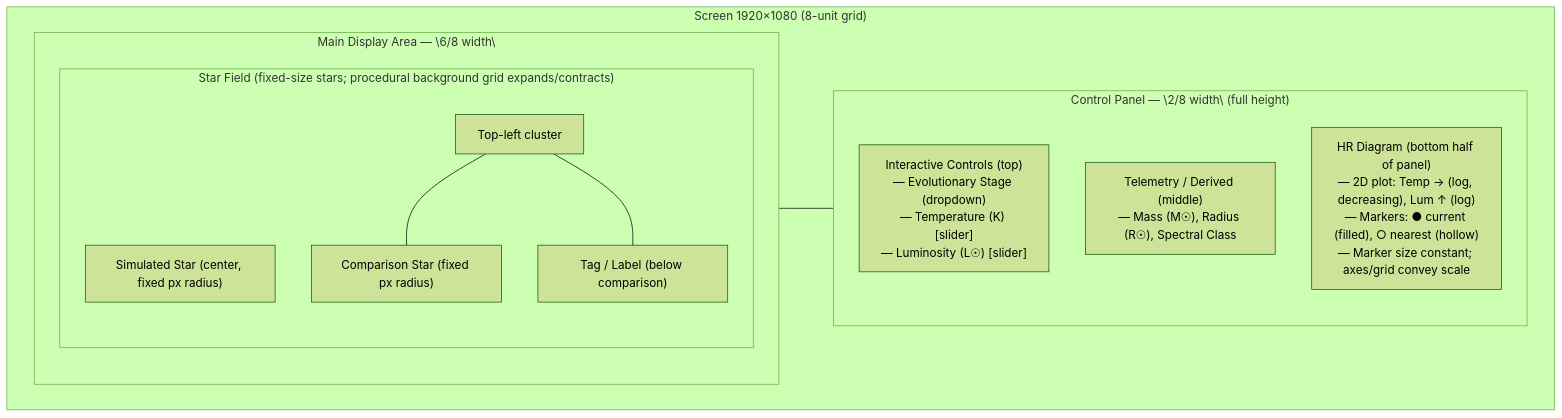
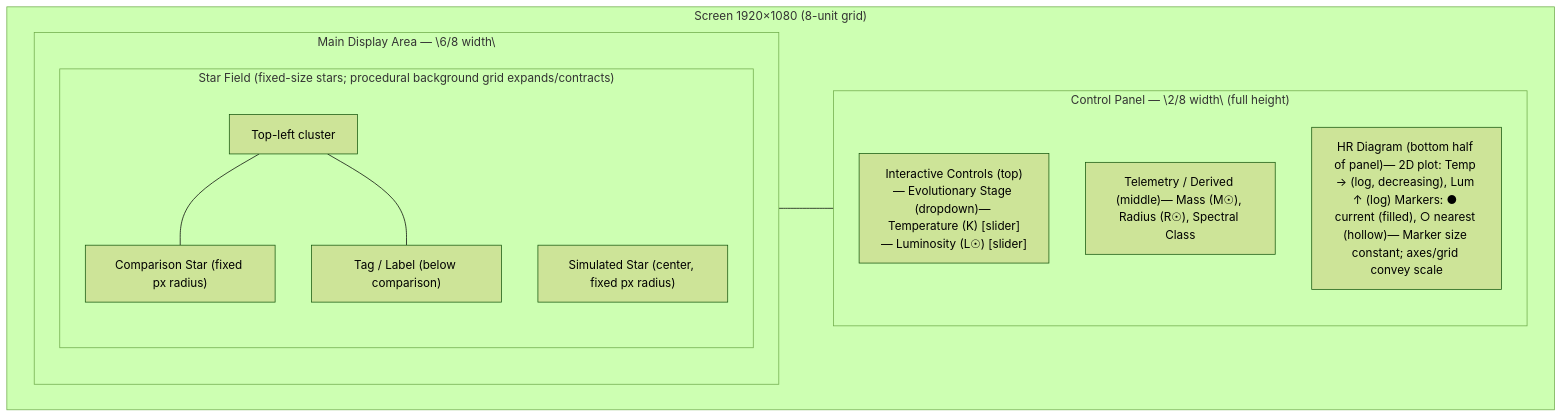
The diagram in docs/design/ui-spec.md (ariargenta/stardust-crusaders), drawn with Mermaid (forest theme) before and after one commit. The commit also changed other lines of this file and 1 other file, not shown here.

````diff
--- a/docs/design/ui-spec.md
+++ b/docs/design/ui-spec.md
@@ -18,36 +19,36 @@
 ```mermaid
     flowchart LR
     %% Screen Layout — 16:9, 8-unit grid (Main 6/8, Panel 2/8)
     %% Stars keep fixed on-screen size; background grid conveys scale.
 
     %% Canvas
     subgraph Canvas["Screen 1920×1080 (8-unit grid)"]
     direction LR
 
         %% Left: Main Display Area (6/8 width)
         subgraph Main["Main Display Area — \"6/8 width\""]
     
         direction TB
             subgraph StarField["Star Field (fixed-size stars; procedural background grid expands/contracts)"]
         direction TB
-            SimStar["Simulated Star (center, fixed px radius)"]
             CompGroup["Top-left cluster"]
             CompStar["Comparison Star (fixed px radius)"]
             CompTag["Tag / Label (below comparison)"]
+            SimStar["Simulated Star (center, fixed px radius)"]
         end
     end
 
     %% Right: Control Panel (2/8 width)
     subgraph Panel["Control Panel — \2/8 width\ (full height)"]
         direction TB
-            Controls["Interactive Controls (top)\n— Evolutionary Stage (dropdown)\n— Temperature (K) [slider]\n— Luminosity (L☉) [slider]"]
-            Telemetry["Telemetry / Derived (middle)\n— Mass (M☉), Radius (R☉), Spectral Class"]
-            HRD["HR Diagram (bottom half of panel)\n— 2D plot: Temp → (log, decreasing), Lum ↑ (log)\n— Markers: ● current (filled), ○ nearest (hollow)\n— Marker size constant; axes/grid convey scale"]
+            Controls["Interactive Controls (top)— Evolutionary Stage (dropdown)— Temperature (K) [slider]— Luminosity (L☉) [slider]"]
+            Telemetry["Telemetry / Derived (middle)— Mass (M☉), Radius (R☉), Spectral Class"]
+            HRD["HR Diagram (bottom half of panel)— 2D plot: Temp → (log, decreasing), Lum ↑ (log) Markers: ● current (filled), ○ nearest (hollow)— Marker size constant; axes/grid convey scale"]
         end
     end
 
     %% Visual relationships
     CompGroup --- CompStar
     CompGroup --- CompTag
     StarField --- Panel
 ```
````
